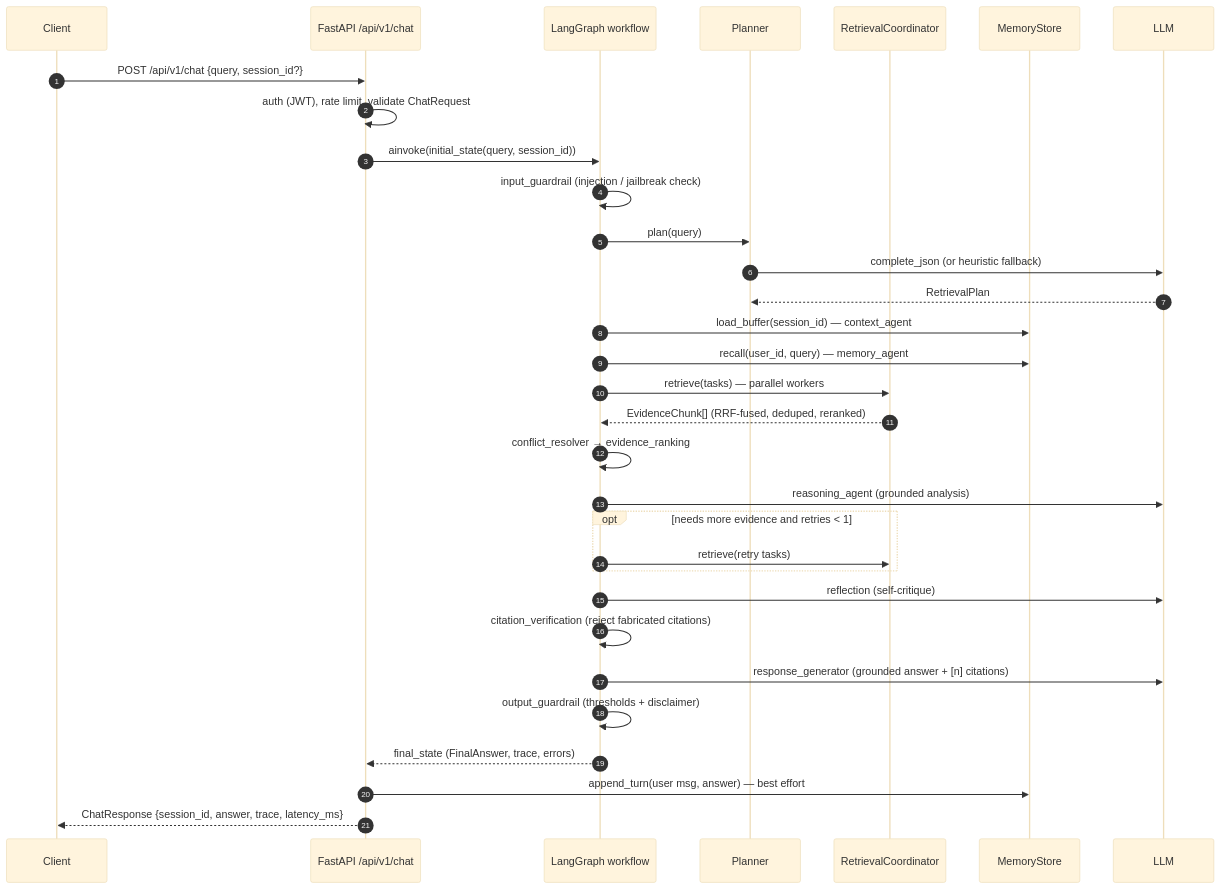
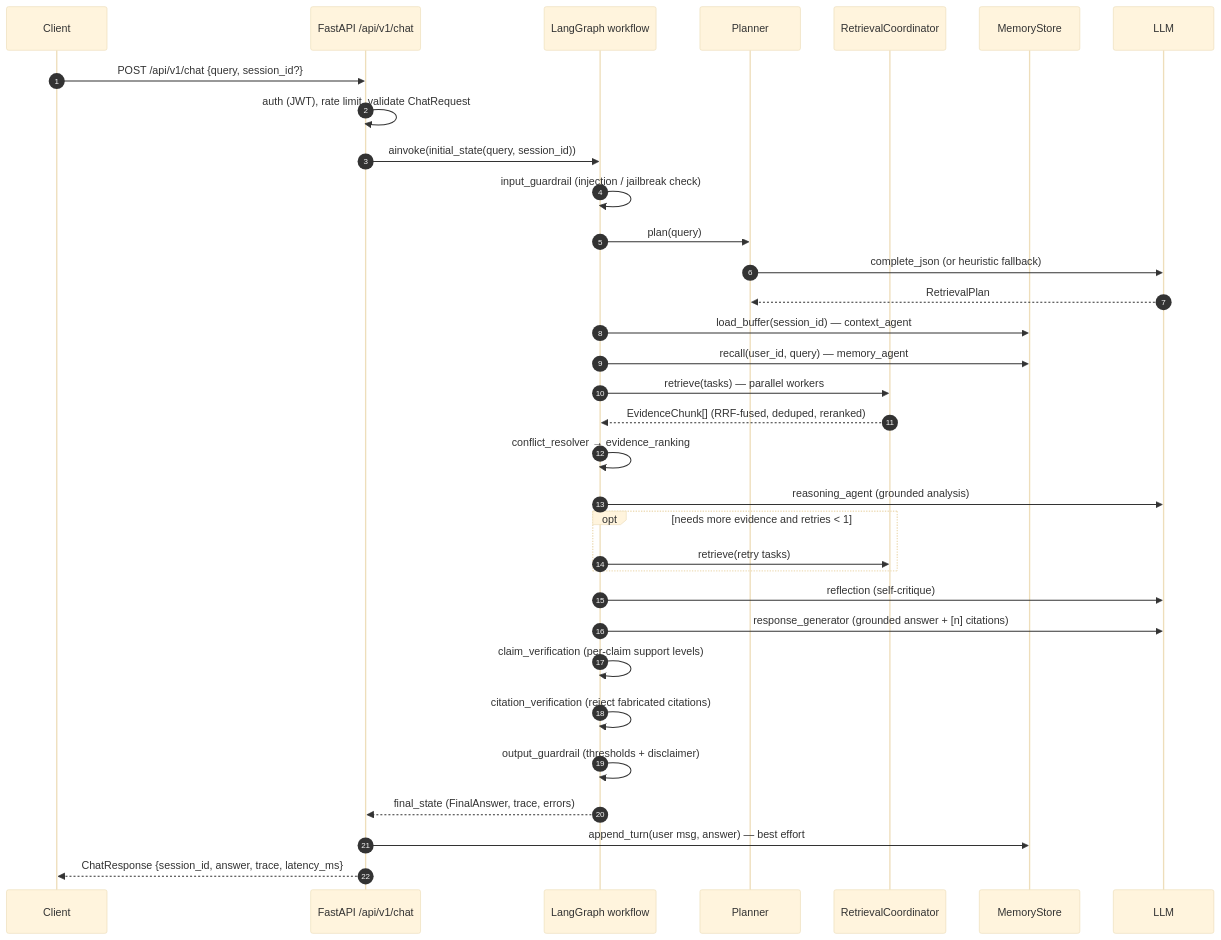
One commit to sanaaloute/La-loi-dit changed the second of 2 diagrams in docs/workflow.md. Above: the diagram before and after it, drawn with Mermaid (base theme). The commit also changed other lines of this file and 127 other files, not shown here.

````diff
--- a/docs/workflow.md
+++ b/docs/workflow.md
@@ -57,35 +62,36 @@
 ```mermaid
 sequenceDiagram
     autonumber
     participant U as Client
     participant API as FastAPI /api/v1/chat
     participant W as LangGraph workflow
     participant P as Planner
     participant R as RetrievalCoordinator
     participant M as MemoryStore
     participant L as LLM
 
     U->>API: POST /api/v1/chat {query, session_id?}
     API->>API: auth (JWT), rate limit, validate ChatRequest
     API->>W: ainvoke(initial_state(query, session_id))
     W->>W: input_guardrail (injection / jailbreak check)
     W->>P: plan(query)
     P->>L: complete_json (or heuristic fallback)
     L-->>P: RetrievalPlan
     W->>M: load_buffer(session_id) — context_agent
     W->>M: recall(user_id, query) — memory_agent
     W->>R: retrieve(tasks) — parallel workers
     R-->>W: EvidenceChunk[] (RRF-fused, deduped, reranked)
     W->>W: conflict_resolver → evidence_ranking
     W->>L: reasoning_agent (grounded analysis)
     opt needs more evidence and retries < 1
         W->>R: retrieve(retry tasks)
     end
     W->>L: reflection (self-critique)
+    W->>L: response_generator (grounded answer + [n] citations)
+    W->>W: claim_verification (per-claim support levels)
     W->>W: citation_verification (reject fabricated citations)
-    W->>L: response_generator (grounded answer + [n] citations)
     W->>W: output_guardrail (thresholds + disclaimer)
     W-->>API: final_state (FinalAnswer, trace, errors)
     API->>M: append_turn(user msg, answer) — best effort
     API-->>U: ChatResponse {session_id, answer, trace, latency_ms}
 ```
````
